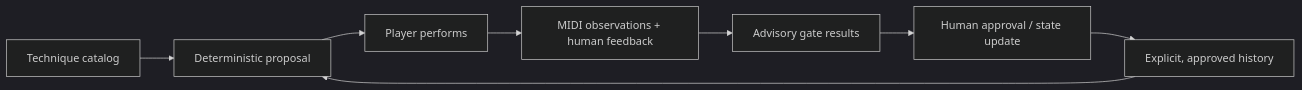
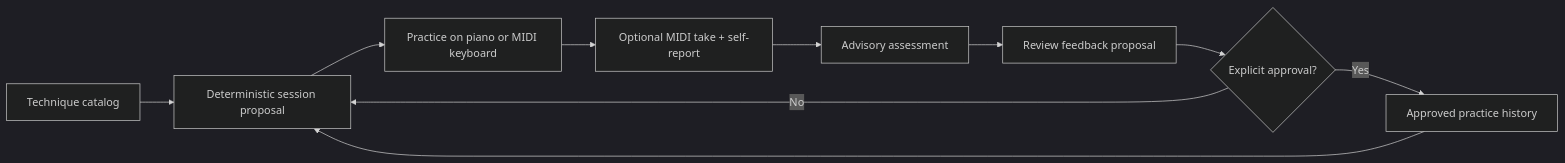
One commit to ryjen/piano-practice-system changed the diagram in README.md. Above: the diagram before and after it, drawn with Mermaid (dark theme). The commit also changed other lines of this file and 3 other files, not shown here.

Commit message:
fix: verify exact feedback replay and document full piano workflow

````diff
--- a/README.md
+++ b/README.md
@@ -11,10 +34,12 @@
 ```mermaid
 flowchart LR
-    T[Technique catalog] --> P[Deterministic proposal]
-    S[Explicit, approved history] --> P
-    P --> U[Player performs]
-    U --> O[MIDI observations + human feedback]
-    O --> A[Advisory gate results]
-    A --> R[Human approval / state update]
-    R --> S
+    Catalog[Technique catalog] --> Plan[Deterministic session proposal]
+    State[Approved practice history] --> Plan
+    Plan --> Play[Practice on piano or MIDI keyboard]
+    Play --> Observe[Optional MIDI take + self-report]
+    Observe --> Assess[Advisory assessment]
+    Assess --> Review[Review feedback proposal]
+    Review --> Approve{Explicit approval?}
+    Approve -->|Yes| State
+    Approve -->|No| Plan
 ```
````
